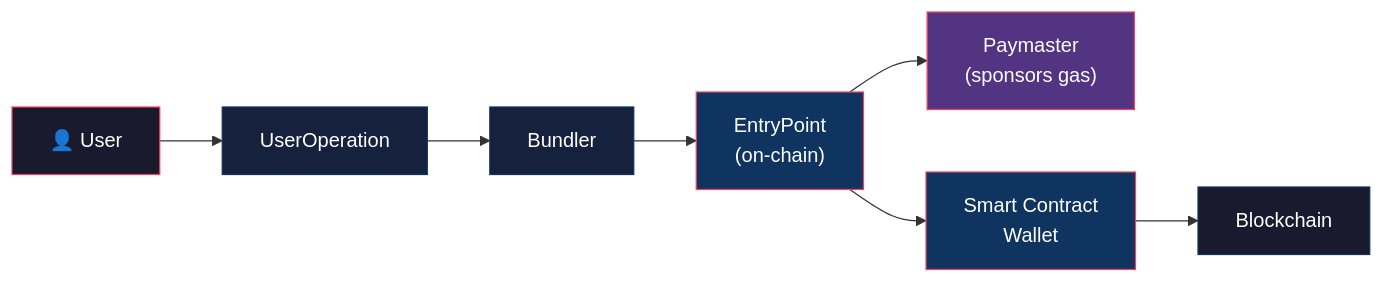
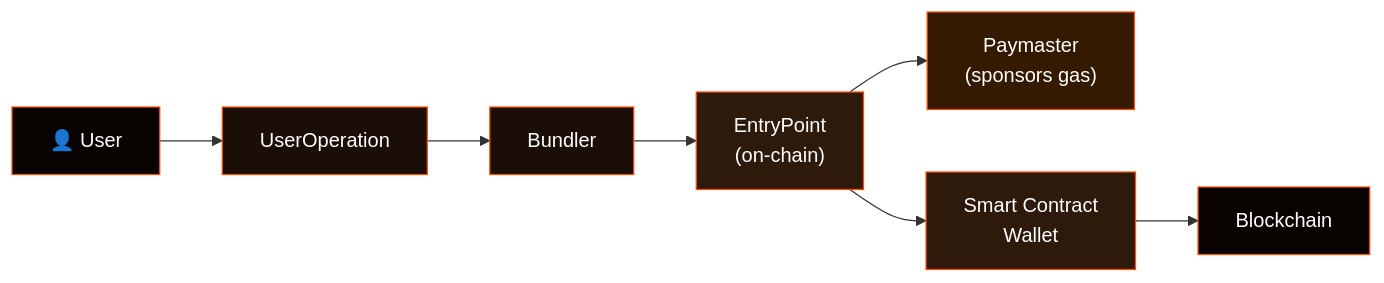
The first of 5 diagrams in resources/concepts.md (gatteo/wdk-docs), drawn with Mermaid before and after one commit. The commit also changed other lines of this file and 21 other files, not shown here.

Commit message:
docs: update all mermaid diagrams to WDK branding colors (#FF4E00 orange, #080201 dark)

````diff
--- a/resources/concepts.md
+++ b/resources/concepts.md
@@ -24,17 +24,17 @@
 ```mermaid
 flowchart LR
     User["👤 User"] --> UO["UserOperation"]
     UO --> Bundler["Bundler"]
     Bundler --> EP["EntryPoint\n(on-chain)"]
     EP --> Paymaster["Paymaster\n(sponsors gas)"]
     EP --> Wallet["Smart Contract\nWallet"]
     Wallet --> Chain["Blockchain"]
 
-    style User fill:#1a1a2e,stroke:#e94560,color:#fff
-    style UO fill:#16213e,stroke:#0f3460,color:#fff
-    style Bundler fill:#16213e,stroke:#0f3460,color:#fff
-    style EP fill:#0f3460,stroke:#e94560,color:#fff
-    style Paymaster fill:#533483,stroke:#e94560,color:#fff
-    style Wallet fill:#0f3460,stroke:#e94560,color:#fff
-    style Chain fill:#1a1a2e,stroke:#0f3460,color:#fff
+    style User fill:#080201,stroke:#FF4E00,color:#fff
+    style UO fill:#1a0e06,stroke:#FF4E00,color:#fff
+    style Bundler fill:#1a0e06,stroke:#FF4E00,color:#fff
+    style EP fill:#2d1a0a,stroke:#FF4E00,color:#fff
+    style Paymaster fill:#331a00,stroke:#FF4E00,color:#fff
+    style Wallet fill:#2d1a0a,stroke:#FF4E00,color:#fff
+    style Chain fill:#080201,stroke:#FF4E00,color:#fff
 ```
````
